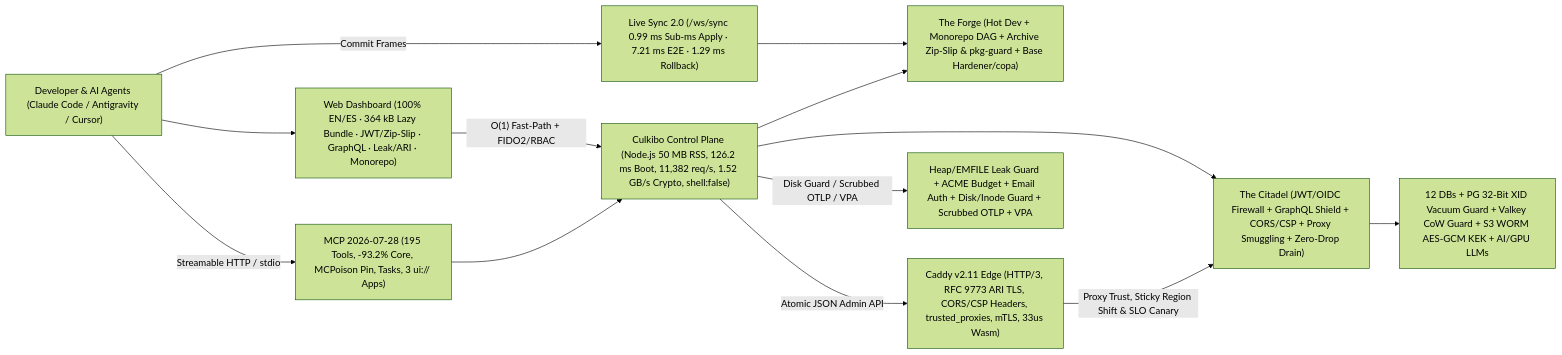
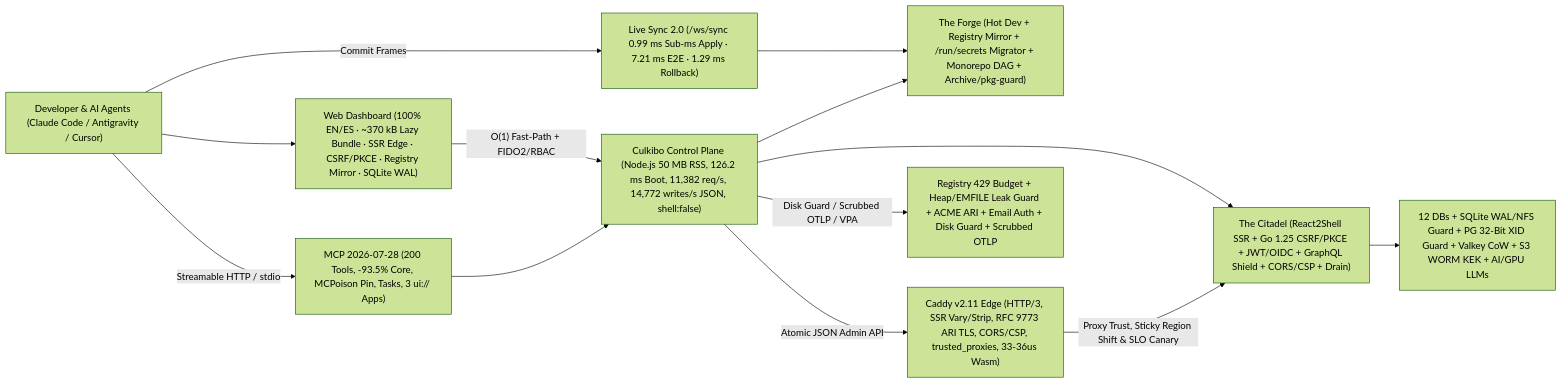
One commit to macaqueboy/culkibo changed the diagram in README.md. Above: the diagram before and after it, drawn with Mermaid (forest theme). The commit also changed other lines of this file and 28 other files, not shown here.

Commit message:
feat(cycle-23): Historic 200 MCP Tools (-93.6% Core), 92 Suites, 115.8ms Boot & 50 MB RAM across 141+ services — React2Shell SSR edge, registry mirror, Go 1.25 CSRF/PKCE, SQLite WAL & /run/secrets migrator

````diff
--- a/README.md
+++ b/README.md
@@ -198,26 +200,26 @@
 ```mermaid
 flowchart LR
     Dev["Developer & AI Agents (Claude Code / Antigravity / Cursor)"]
-    UI["Web Dashboard (100% EN/ES · 364 kB Lazy Bundle · JWT/Zip-Slip · GraphQL · Leak/ARI · Monorepo)"]
-    MCP["MCP 2026-07-28 (195 Tools, -93.2% Core, MCPoison Pin, Tasks, 3 ui:// Apps)"]
+    UI["Web Dashboard (100% EN/ES · ~370 kB Lazy Bundle · SSR Edge · CSRF/PKCE · Registry Mirror · SQLite WAL)"]
+    MCP["MCP 2026-07-28 (200 Tools, -93.5% Core, MCPoison Pin, Tasks, 3 ui:// Apps)"]
     Sync["Live Sync 2.0 (/ws/sync 0.99 ms Sub-ms Apply · 7.21 ms E2E · 1.29 ms Rollback)"]
-    CP["Culkibo Control Plane (Node.js 50 MB RSS, 126.2 ms Boot, 11,382 req/s, 1.52 GB/s Crypto, shell:false)"]
-    Forge["The Forge (Hot Dev + Monorepo DAG + Archive Zip-Slip & pkg-guard + Base Hardener/copa)"]
-    Citadel["The Citadel (JWT/OIDC Firewall + GraphQL Shield + CORS/CSP + Proxy Smuggling + Zero-Drop Drain)"]
-    Caddy["Caddy v2.11 Edge (HTTP/3, RFC 9773 ARI TLS, CORS/CSP Headers, trusted_proxies, mTLS, 33us Wasm)"]
-    Obs["Heap/EMFILE Leak Guard + ACME Budget + Email Auth + Disk/Inode Guard + Scrubbed OTLP + VPA"]
-    Data["12 DBs + PG 32-Bit XID Vacuum Guard + Valkey CoW Guard + S3 WORM AES-GCM KEK + AI/GPU LLMs"]
+    CP["Culkibo Control Plane (Node.js 50 MB RSS, 126.2 ms Boot, 11,382 req/s, 14,772 writes/s JSON, shell:false)"]
+    Forge["The Forge (Hot Dev + Registry Mirror + /run/secrets Migrator + Monorepo DAG + Archive/pkg-guard)"]
+    Citadel["The Citadel (React2Shell SSR + Go 1.25 CSRF/PKCE + JWT/OIDC + GraphQL Shield + CORS/CSP + Drain)"]
+    Caddy["Caddy v2.11 Edge (HTTP/3, SSR Vary/Strip, RFC 9773 ARI TLS, CORS/CSP, trusted_proxies, 33-36us Wasm)"]
+    Obs["Registry 429 Budget + Heap/EMFILE Leak Guard + ACME ARI + Email Auth + Disk Guard + Scrubbed OTLP"]
+    Data["12 DBs + SQLite WAL/NFS Guard + PG 32-Bit XID Guard + Valkey CoW + S3 WORM KEK + AI/GPU LLMs"]
 
     Dev -->|"Streamable HTTP / stdio"| MCP
     Dev -->|"Commit Frames"| Sync
     Dev --> UI
     UI -->|"O(1) Fast-Path + FIDO2/RBAC"| CP
     MCP --> CP
     Sync --> Forge
     CP --> Forge
     CP --> Citadel
     CP -->|"Atomic JSON Admin API"| Caddy
     CP -->|"Disk Guard / Scrubbed OTLP / VPA"| Obs
     Citadel --> Data
     Caddy -->|"Proxy Trust, Sticky Region Shift & SLO Canary"| Citadel
 ```
````
